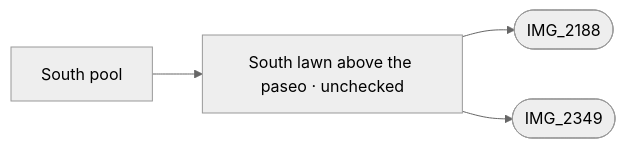
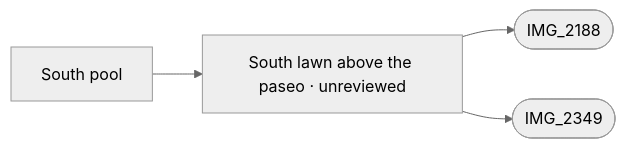
Before and after one commit to daveyboyc/villacana-venture: the diagram in refs/areas/south-pool.md, drawn with Mermaid (neutral theme). The commit also changed other lines of this file and 45 other files, not shown here.

Commit message:
Require measured independent evidence for graph placement approval

````diff
--- a/refs/areas/south-pool.md
+++ b/refs/areas/south-pool.md
@@ -33,7 +33,7 @@
 ```mermaid
 graph LR
   A["South pool"]
-  A --> F0["South lawn above the paseo · unchecked"]
+  A --> F0["South lawn above the paseo · unreviewed"]
   F0 --> PIMG_2188_jpg(["IMG_2188"])
   F0 --> PIMG_2349_jpg(["IMG_2349"])
 ```
````
